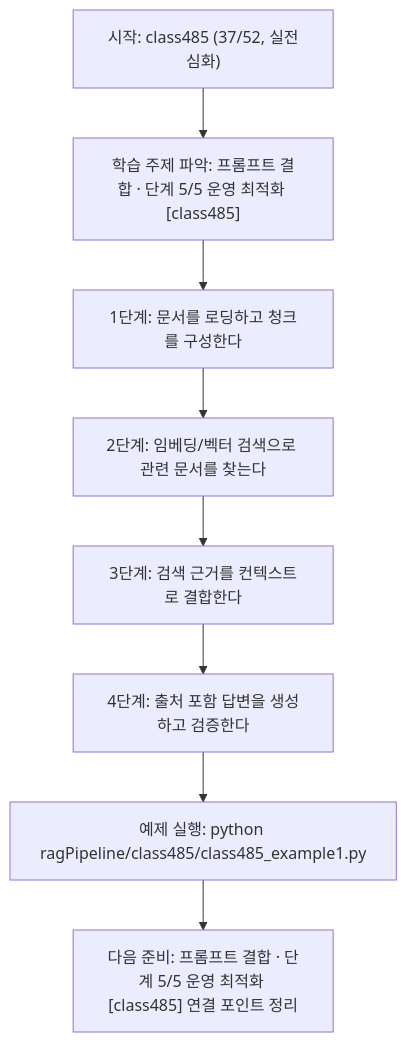
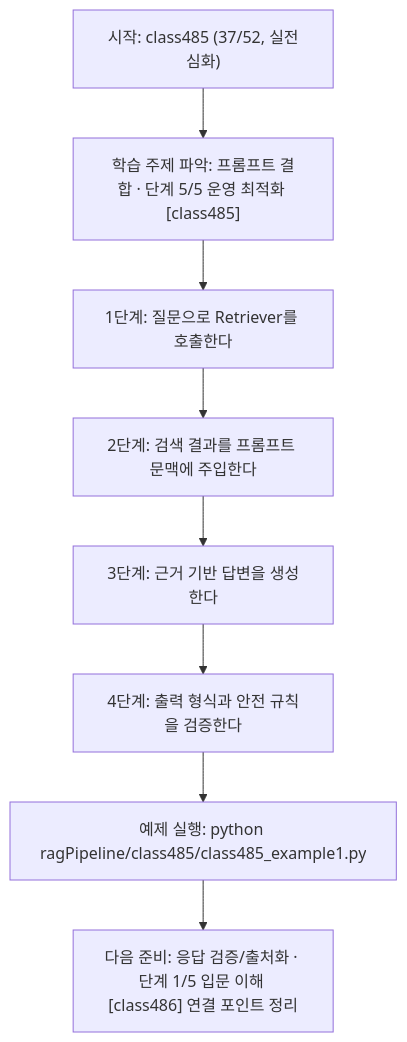
One commit to edumgt/Python-AI_Agent-Class changed the diagram in ragPipeline/class485/class485.md. Above: the diagram before and after it, drawn with Mermaid. The commit also changed other lines of this file and 367 other files, not shown here.

````diff
--- a/ragPipeline/class485/class485.md
+++ b/ragPipeline/class485/class485.md
@@ -110,18 +92,18 @@
 ```mermaid
 flowchart TD
 N1["시작: class485 (37/52, 실전심화)"]
 N2["학습 주제 파악: 프롬프트 결합 · 단계 5/5 운영 최적화 [class485]"]
-N3["1단계: 문서를 로딩하고 청크를 구성한다"]
-N4["2단계: 임베딩/벡터 검색으로 관련 문서를 찾는다"]
-N5["3단계: 검색 근거를 컨텍스트로 결합한다"]
-N6["4단계: 출처 포함 답변을 생성하고 검증한다"]
+N3["1단계: 질문으로 Retriever를 호출한다"]
+N4["2단계: 검색 결과를 프롬프트 문맥에 주입한다"]
+N5["3단계: 근거 기반 답변을 생성한다"]
+N6["4단계: 출력 형식과 안전 규칙을 검증한다"]
 N7["예제 실행: python ragPipeline/class485/class485_example1.py"]
-N8["다음 준비: 프롬프트 결합 · 단계 5/5 운영 최적화 [class485] 연결 포인트 정리"]
+N8["다음 준비: 응답 검증/출처화 · 단계 1/5 입문 이해 [class486] 연결 포인트 정리"]
 N1 --> N2
 N2 --> N3
 N3 --> N4
 N4 --> N5
 N5 --> N6
 N6 --> N7
 N7 --> N8
 ```
````
